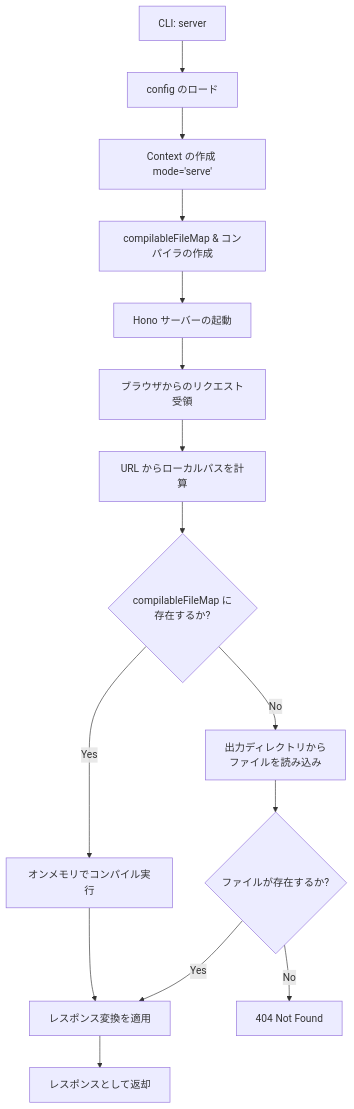
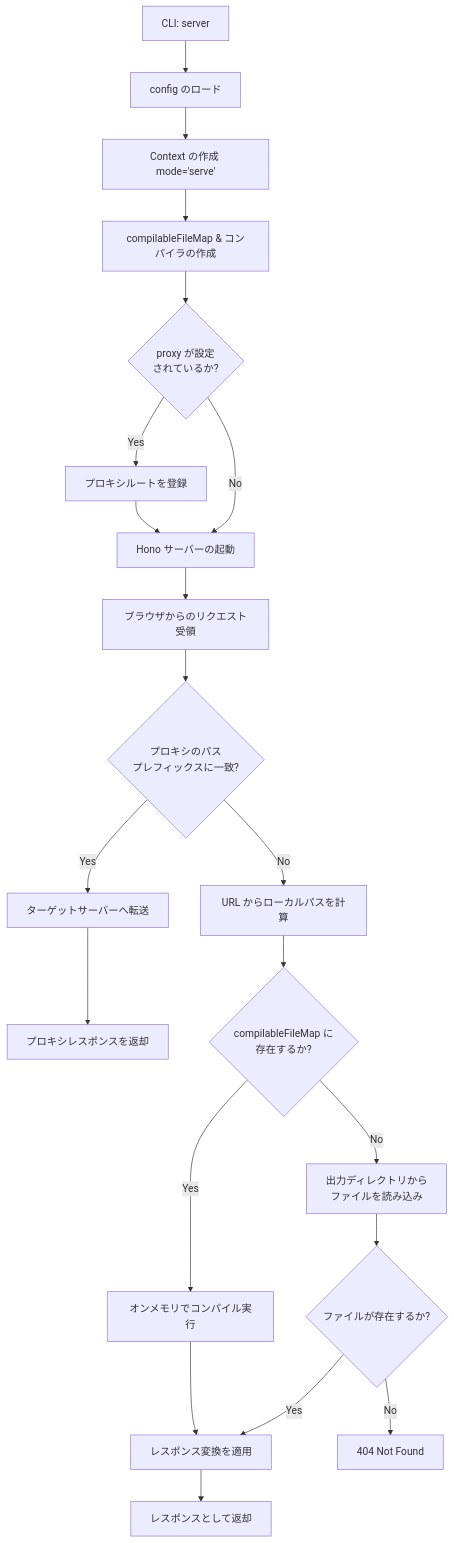
Before and after one commit to d-zero-dev/kamado: the second of 2 diagrams in packages/kamado/ARCHITECTURE.ja.md, drawn with Mermaid. The commit also changed other lines of this file and 1 other file, not shown here.

Commit message:
docs(kamado): add Proxy API section to ARCHITECTURE

````diff
--- a/packages/kamado/ARCHITECTURE.ja.md
+++ b/packages/kamado/ARCHITECTURE.ja.md
@@ -196,17 +196,23 @@
 ```mermaid
 graph TD
     A[CLI: server] --> B[config のロード]
     B --> B2[Context の作成 mode='serve']
     B2 --> C[compilableFileMap & コンパイラの作成]
-    C --> C2[Hono サーバーの起動]
+    C --> C1{proxy が設定<br>されているか?}
+    C1 -- Yes --> C1a[プロキシルートを登録]
+    C1a --> C2[Hono サーバーの起動]
+    C1 -- No --> C2
     C2 --> D[ブラウザからのリクエスト受領]
-    D --> E[URL からローカルパスを計算]
+    D --> D1{プロキシのパス<br>プレフィックスに一致?}
+    D1 -- Yes --> D2[ターゲットサーバーへ転送]
+    D2 --> D3[プロキシレスポンスを返却]
+    D1 -- No --> E[URL からローカルパスを計算]
     E --> F{compilableFileMap に<br>存在するか?}
     F -- Yes --> H[オンメモリでコンパイル実行]
     H --> I[レスポンス変換を適用]
     I --> J[レスポンスとして返却]
     F -- No --> K[出力ディレクトリから<br>ファイルを読み込み]
     K --> L{ファイルが存在するか?}
     L -- Yes --> I
     L -- No --> M[404 Not Found]
 ```
````
